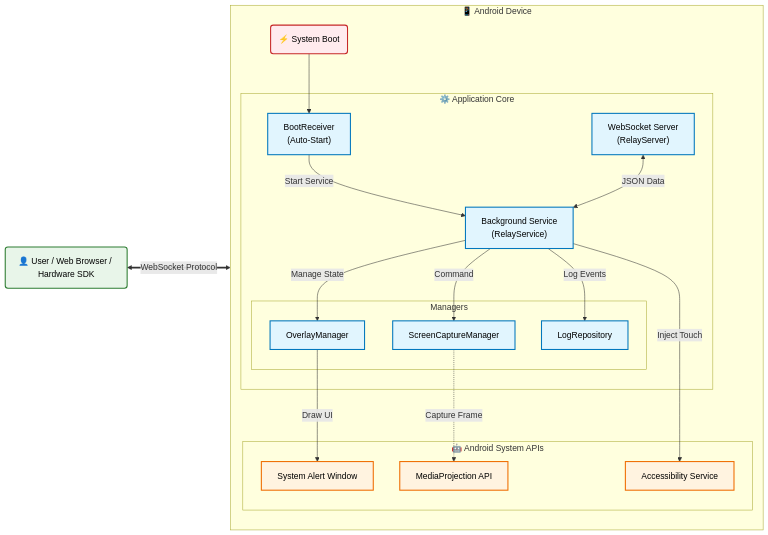
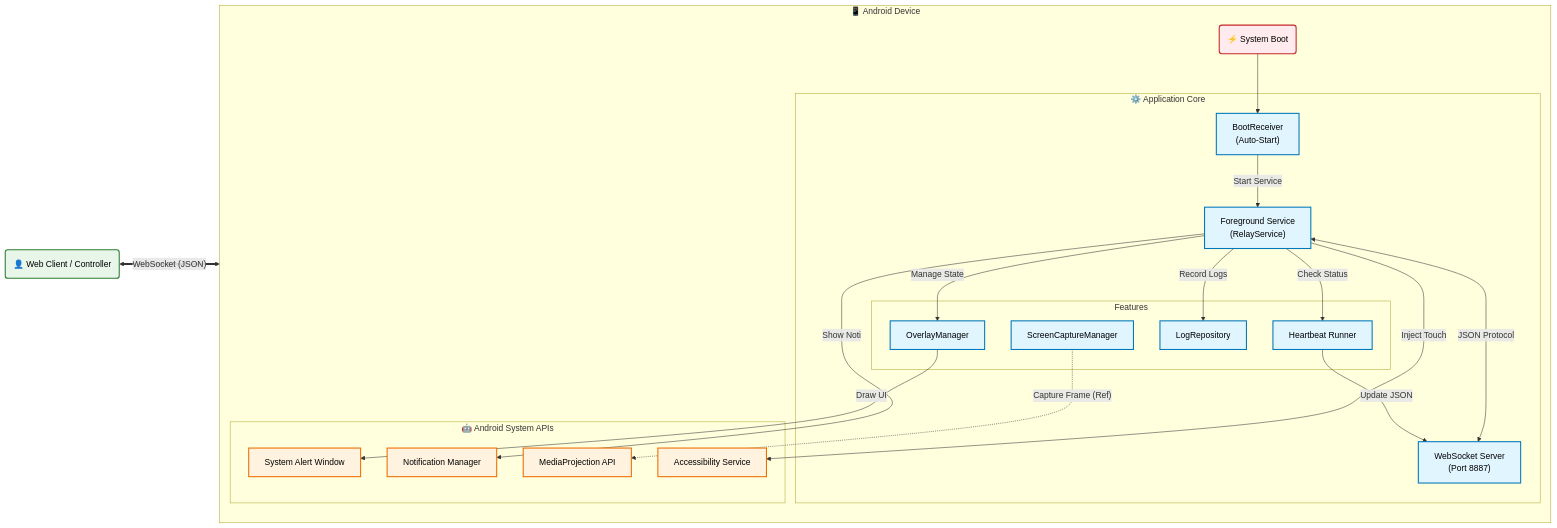
One commit to Kritchanaxt/android-screen-relay changed the diagram in README.md. Above: the diagram before and after it, drawn with Mermaid. The commit also changed other lines of this file and 2 other files, not shown here.

````diff
--- a/README.md
+++ b/README.md
@@ -56,58 +66,62 @@
 ```mermaid
 graph LR
     %% Main Nodes
-    User("👤 User / Web Browser / Hardware SDK")
+    User("👤 Web Client / Controller")
     
     subgraph Android_Device ["📱 Android Device"]
         direction TB
         
         SystemBoot("⚡ System Boot")
         
         subgraph App_System ["⚙️ Application Core"]
             Boot["BootReceiver<br/>(Auto-Start)"]
-            WS["WebSocket Server<br/>(RelayServer)"]
-            Service["Background Service<br/>(RelayService)"]
+            WS["WebSocket Server<br/>(Port 8887)"]
+            Service["Foreground Service<br/>(RelayService)"]
             
-            subgraph Managers ["Managers"]
+            subgraph Features ["Features"]
+                Heartbeat["Heartbeat Runner"]
                 ScreenMgr["ScreenCaptureManager"]
                 OverlayMgr["OverlayManager"]
                 Log["LogRepository"]
             end
         end
 
         subgraph Android_API ["🤖 Android System APIs"]
             OverlayAPI["System Alert Window"]
             AccessAPI["Accessibility Service"]
             MediaAPI["MediaProjection API"]
+            NotiAPI["Notification Manager"]
         end
 
         %% Connections
         SystemBoot --> Boot -->|"Start Service"| Service
         
-        WS <-->|"JSON Data"| Service
+        WS <-->|"JSON Protocol"| Service
+        Service -- "Check Status" --> Heartbeat
+        Heartbeat -- "Update JSON" --> WS
         
         Service -->|"Manage State"| OverlayMgr
-        Service -->|"Command"| ScreenMgr
-        Service -->|"Log Events"| Log
+        Service -->|"Record Logs"| Log
+        Service -->|"Show Noti"| NotiAPI
         
         OverlayMgr -->|"Draw UI"| OverlayAPI
-        ScreenMgr -.->|"Capture Frame"| MediaAPI
+        ScreenMgr -.->|"Capture Frame (Ref)"| MediaAPI
         
         Service -->|"Inject Touch"| AccessAPI
     end
 
     %% External Connections
-    User <==>|"WebSocket Protocol"| WS
+    User <==>|"WebSocket (JSON)"| WS
     
     %% Styling
     classDef default fill:#f9f9f9,stroke:#333,stroke-width:1px,color:#000;
     classDef core fill:#e1f5fe,stroke:#0277bd,stroke-width:2px,color:#000;
     classDef system fill:#fff3e0,stroke:#ef6c00,stroke-width:2px,color:#000;
     classDef user fill:#e8f5e9,stroke:#2e7d32,stroke-width:2px,color:#000;
     classDef boot fill:#ffebee,stroke:#c62828,stroke-width:2px,color:#000;
 
-    class WS,Service,Log,Boot,ScreenMgr,OverlayMgr core;
-    class OverlayAPI,AccessAPI,MediaAPI system;
+    class WS,Service,Log,Boot,ScreenMgr,OverlayMgr,Heartbeat core;
+    class OverlayAPI,AccessAPI,MediaAPI,NotiAPI system;
     class User user;
     class SystemBoot boot;
 ```
````
